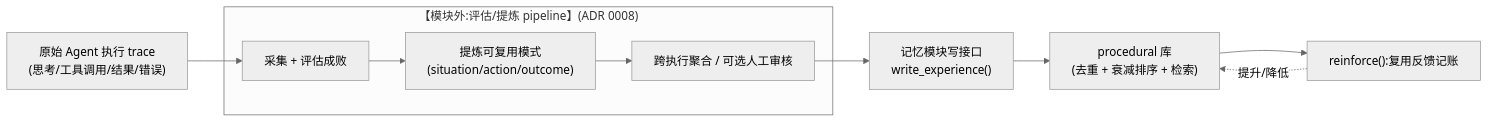
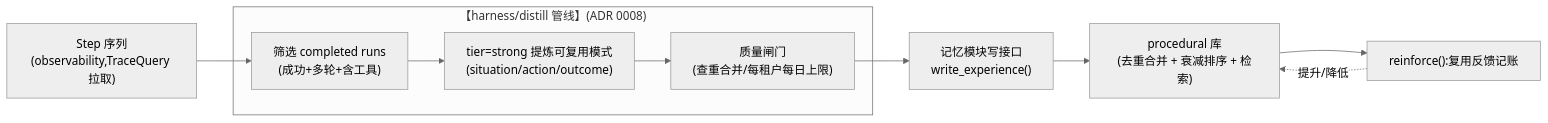
One commit to Kairos0922/kairos-agent-infra changed the first of 2 diagrams in docs/modules/memory/memory-types.md. Above: the diagram before and after it, drawn with Mermaid (neutral theme). The commit also changed other lines of this file and 54 other files, not shown here.

````diff
--- a/docs/modules/memory/memory-types.md
+++ b/docs/modules/memory/memory-types.md
@@ -316,15 +335,15 @@
 ```mermaid
 flowchart LR
-    T["原始 Agent 执行 trace<br/>(思考/工具调用/结果/错误)"]
-    subgraph OUT["【模块外:评估/提炼 pipeline】(ADR 0008)"]
-        E1["采集 + 评估成败"]
-        E2["提炼可复用模式<br/>(situation/action/outcome)"]
-        E3["跨执行聚合 / 可选人工审核"]
+    T["Step 序列<br/>(observability,TraceQuery 拉取)"]
+    subgraph OUT["【harness/distill 管线】(ADR 0008)"]
+        E1["筛选 completed runs<br/>(成功+多轮+含工具)"]
+        E2["tier=strong 提炼可复用模式<br/>(situation/action/outcome)"]
+        E3["质量闸门<br/>(查重合并/每租户每日上限)"]
     end
     W["记忆模块写接口<br/>write_experience()"]
-    DB["procedural 库<br/>(去重 + 衰减排序 + 检索)"]
+    DB["procedural 库<br/>(去重合并 + 衰减排序 + 检索)"]
     FB["reinforce():复用反馈记账"]
     T --> E1 --> E2 --> E3 --> W --> DB
     DB --> FB
     FB -.提升/降低.-> DB
 ```
````
